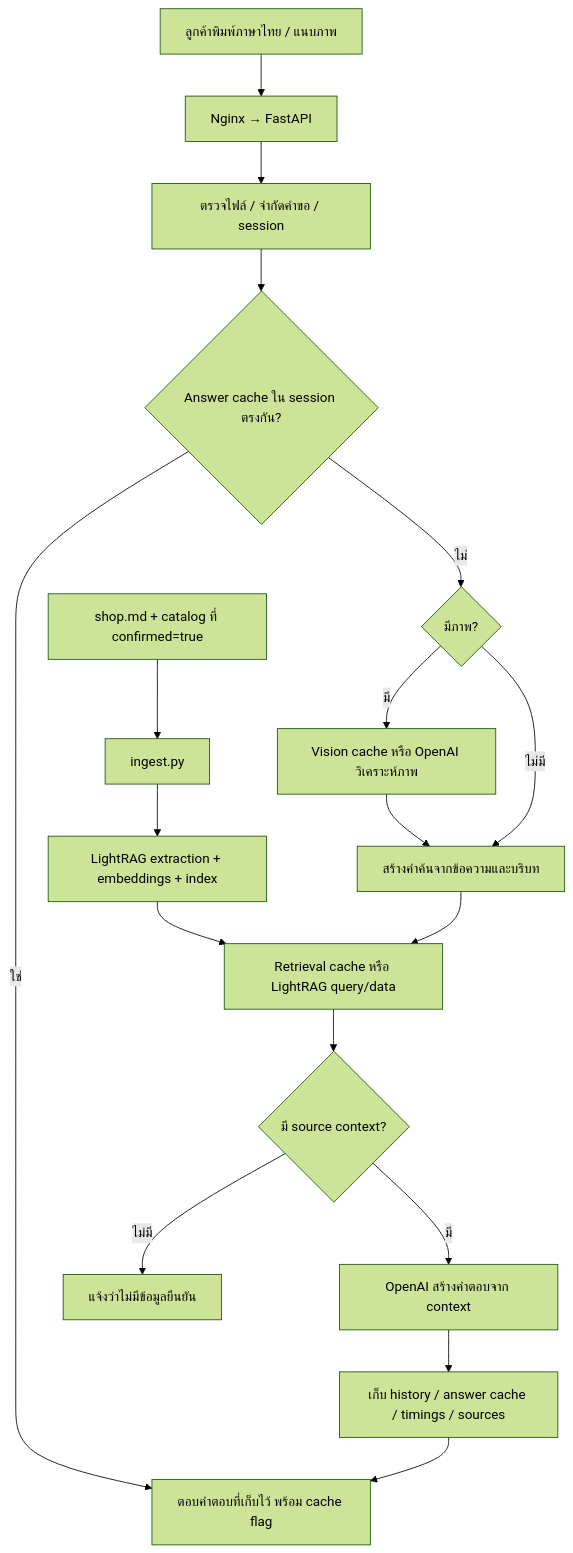
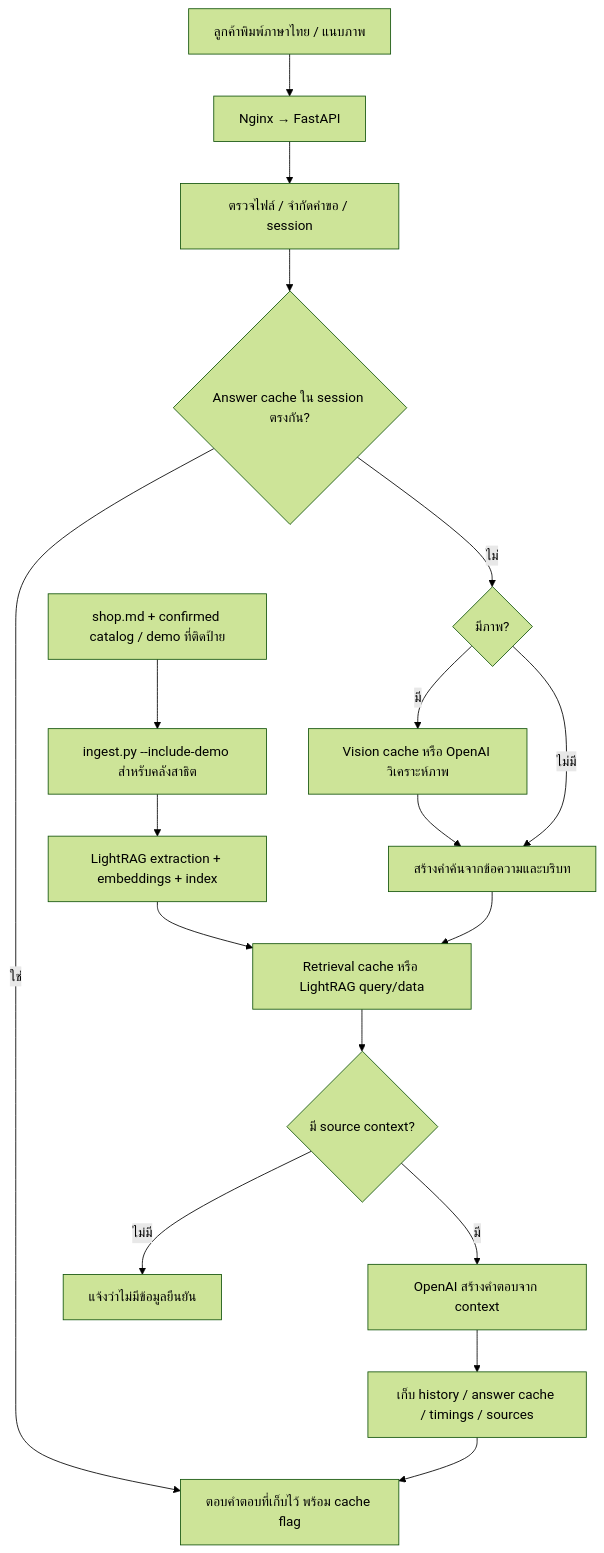
Before and after one commit to Qwmxjk0/plimo-iphone-repair-chatbot: the diagram in qa/diagrams/rag-flow.md, drawn with Mermaid (forest theme). The commit also changed 23 other files, not shown here.

````diff
--- a/qa/diagrams/rag-flow.md
+++ b/qa/diagrams/rag-flow.md
@@ -3,20 +3,20 @@
 ```mermaid
 flowchart TD
     A[ลูกค้าพิมพ์ภาษาไทย / แนบภาพ] --> B[Nginx → FastAPI]
     B --> C[ตรวจไฟล์ / จำกัดคำขอ / session]
     C --> D{Answer cache ใน session ตรงกัน?}
     D -- ใช่ --> Z[ตอบคำตอบที่เก็บไว้ พร้อม cache flag]
     D -- ไม่ --> E{มีภาพ?}
     E -- มี --> F[Vision cache หรือ OpenAI วิเคราะห์ภาพ]
     E -- ไม่มี --> G[สร้างคำค้นจากข้อความและบริบท]
     F --> G
     G --> H[Retrieval cache หรือ LightRAG query/data]
     H --> I{มี source context?}
     I -- ไม่มี --> J[แจ้งว่าไม่มีข้อมูลยืนยัน]
     I -- มี --> K[OpenAI สร้างคำตอบจาก context]
     K --> L[เก็บ history / answer cache / timings / sources]
     L --> Z
-    M[shop.md + catalog ที่ confirmed=true] --> N[ingest.py]
+    M[shop.md + confirmed catalog / demo ที่ติดป้าย] --> N[ingest.py --include-demo สำหรับคลังสาธิต]
     N --> O[LightRAG extraction + embeddings + index]
     O --> H
 ```
````
